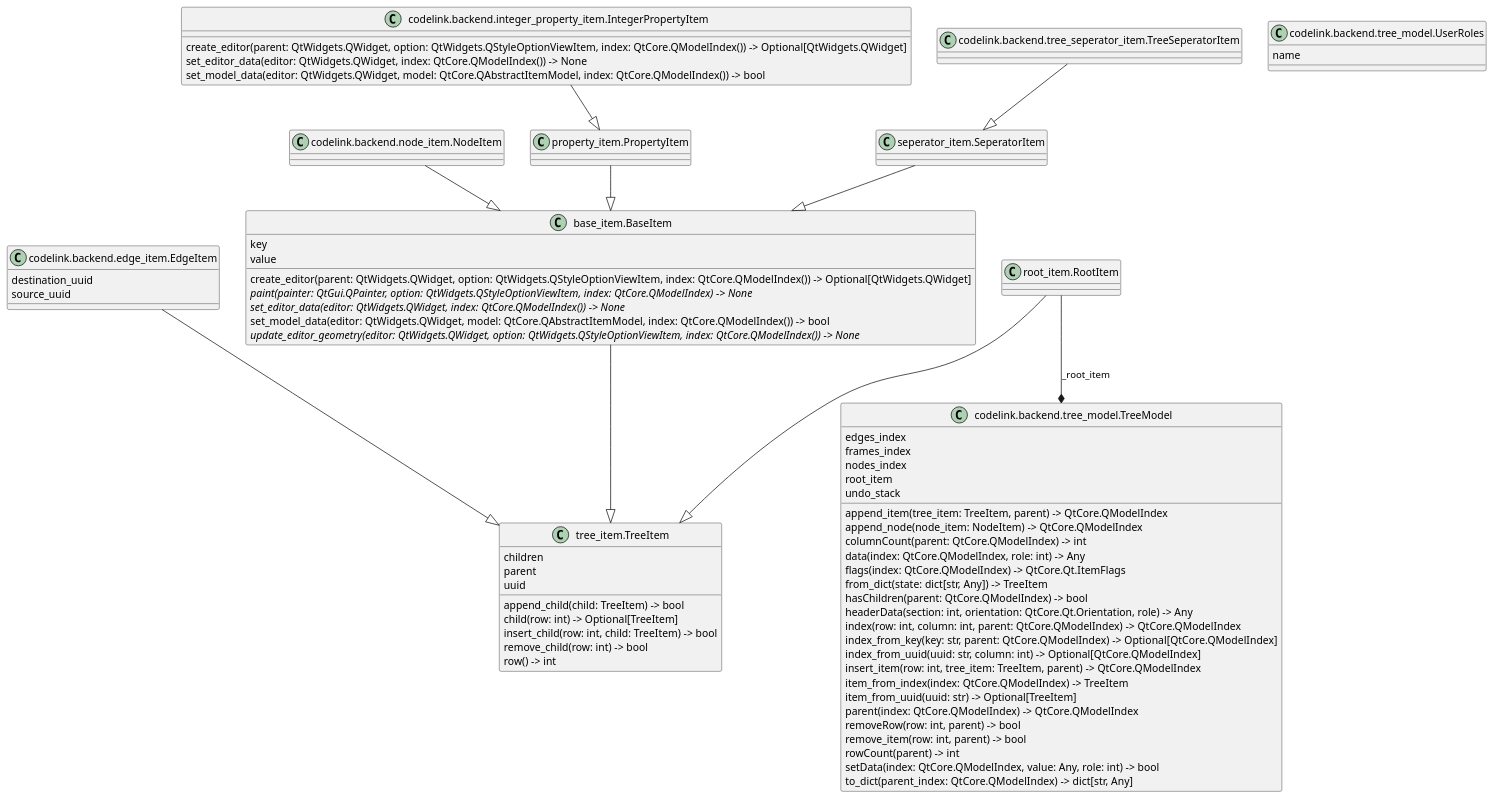
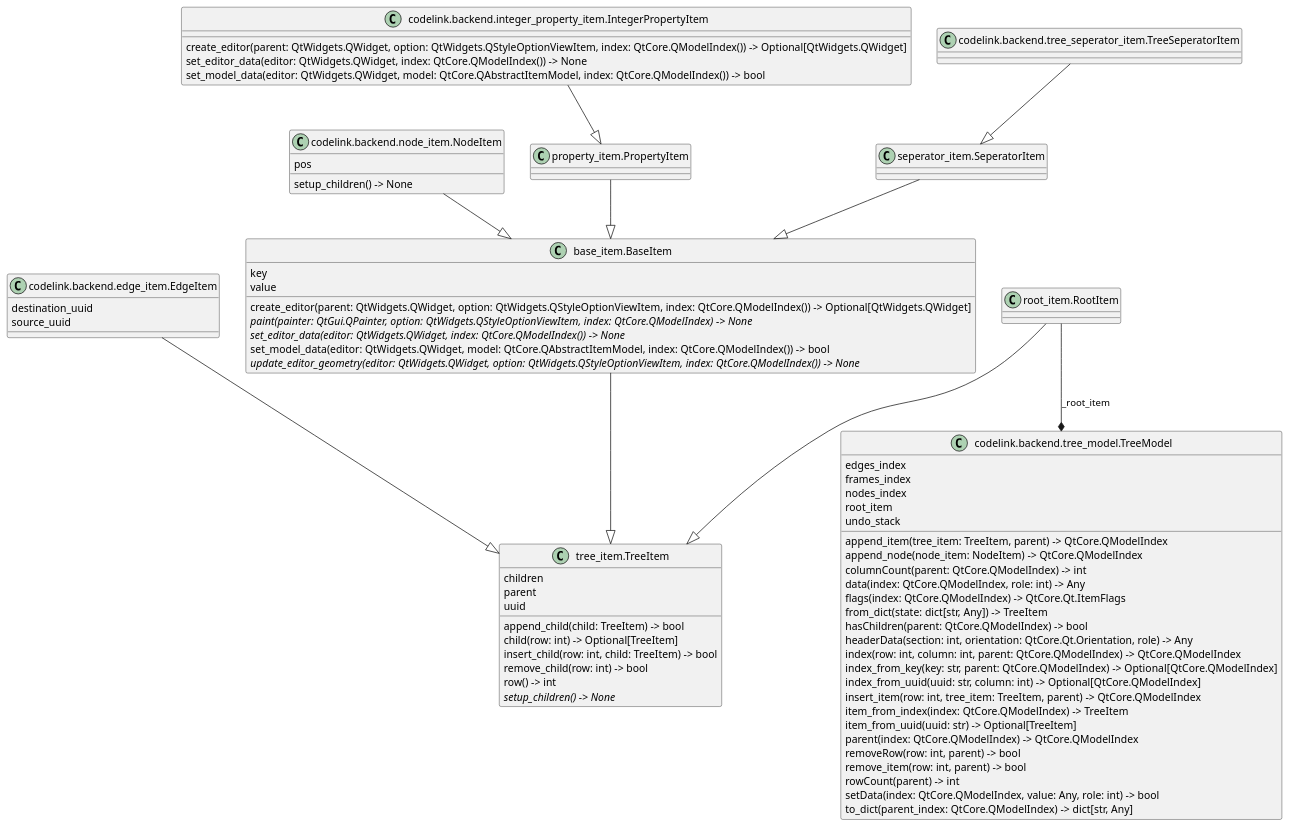
The diagram in src/codelink/backend/classes.puml (j8sr0230/codelink), drawn with PlantUML before and after one commit. The commit also changed 2 other files, not shown here.

```diff
--- a/src/codelink/backend/classes.puml
+++ b/src/codelink/backend/classes.puml
@@ -1,80 +1,80 @@
 @startuml classes
 set namespaceSeparator none
 class "base_item.BaseItem" as base_item.BaseItem {
   key
   value
   create_editor(parent: QtWidgets.QWidget, option: QtWidgets.QStyleOptionViewItem, index: QtCore.QModelIndex()) -> Optional[QtWidgets.QWidget]
   {abstract}paint(painter: QtGui.QPainter, option: QtWidgets.QStyleOptionViewItem, index: QtCore.QModelIndex) -> None
   {abstract}set_editor_data(editor: QtWidgets.QWidget, index: QtCore.QModelIndex()) -> None
   set_model_data(editor: QtWidgets.QWidget, model: QtCore.QAbstractItemModel, index: QtCore.QModelIndex()) -> bool
   {abstract}update_editor_geometry(editor: QtWidgets.QWidget, option: QtWidgets.QStyleOptionViewItem, index: QtCore.QModelIndex()) -> None
 }
 class "codelink.backend.edge_item.EdgeItem" as codelink.backend.edge_item.EdgeItem {
   destination_uuid
   source_uuid
 }
 class "codelink.backend.integer_property_item.IntegerPropertyItem" as codelink.backend.integer_property_item.IntegerPropertyItem {
   create_editor(parent: QtWidgets.QWidget, option: QtWidgets.QStyleOptionViewItem, index: QtCore.QModelIndex()) -> Optional[QtWidgets.QWidget]
   set_editor_data(editor: QtWidgets.QWidget, index: QtCore.QModelIndex()) -> None
   set_model_data(editor: QtWidgets.QWidget, model: QtCore.QAbstractItemModel, index: QtCore.QModelIndex()) -> bool
 }
 class "codelink.backend.node_item.NodeItem" as codelink.backend.node_item.NodeItem {
+  pos
+  setup_children() -> None
 }
 class "codelink.backend.tree_model.TreeModel" as codelink.backend.tree_model.TreeModel {
   edges_index
   frames_index
   nodes_index
   root_item
   undo_stack
   append_item(tree_item: TreeItem, parent) -> QtCore.QModelIndex
   append_node(node_item: NodeItem) -> QtCore.QModelIndex
   columnCount(parent: QtCore.QModelIndex) -> int
   data(index: QtCore.QModelIndex, role: int) -> Any
   flags(index: QtCore.QModelIndex) -> QtCore.Qt.ItemFlags
   from_dict(state: dict[str, Any]) -> TreeItem
   hasChildren(parent: QtCore.QModelIndex) -> bool
   headerData(section: int, orientation: QtCore.Qt.Orientation, role) -> Any
   index(row: int, column: int, parent: QtCore.QModelIndex) -> QtCore.QModelIndex
   index_from_key(key: str, parent: QtCore.QModelIndex) -> Optional[QtCore.QModelIndex]
   index_from_uuid(uuid: str, column: int) -> Optional[QtCore.QModelIndex]
   insert_item(row: int, tree_item: TreeItem, parent) -> QtCore.QModelIndex
   item_from_index(index: QtCore.QModelIndex) -> TreeItem
   item_from_uuid(uuid: str) -> Optional[TreeItem]
   parent(index: QtCore.QModelIndex) -> QtCore.QModelIndex
   removeRow(row: int, parent) -> bool
   remove_item(row: int, parent) -> bool
   rowCount(parent) -> int
   setData(index: QtCore.QModelIndex, value: Any, role: int) -> bool
   to_dict(parent_index: QtCore.QModelIndex) -> dict[str, Any]
 }
-class "codelink.backend.tree_model.UserRoles" as codelink.backend.tree_model.UserRoles {
-  name
-}
 class "codelink.backend.tree_seperator_item.TreeSeperatorItem" as codelink.backend.tree_seperator_item.TreeSeperatorItem {
 }
 class "property_item.PropertyItem" as property_item.PropertyItem {
 }
 class "root_item.RootItem" as root_item.RootItem {
 }
 class "seperator_item.SeperatorItem" as seperator_item.SeperatorItem {
 }
 class "tree_item.TreeItem" as tree_item.TreeItem {
   children
   parent
   uuid
   append_child(child: TreeItem) -> bool
   child(row: int) -> Optional[TreeItem]
   insert_child(row: int, child: TreeItem) -> bool
   remove_child(row: int) -> bool
   row() -> int
+  {abstract}setup_children() -> None
 }
 base_item.BaseItem --|> tree_item.TreeItem
 codelink.backend.edge_item.EdgeItem --|> tree_item.TreeItem
 codelink.backend.integer_property_item.IntegerPropertyItem --|> property_item.PropertyItem
 codelink.backend.node_item.NodeItem --|> base_item.BaseItem
 codelink.backend.tree_seperator_item.TreeSeperatorItem --|> seperator_item.SeperatorItem
 property_item.PropertyItem --|> base_item.BaseItem
 root_item.RootItem --|> tree_item.TreeItem
 seperator_item.SeperatorItem --|> base_item.BaseItem
 root_item.RootItem --* codelink.backend.tree_model.TreeModel : _root_item
 @enduml
```
